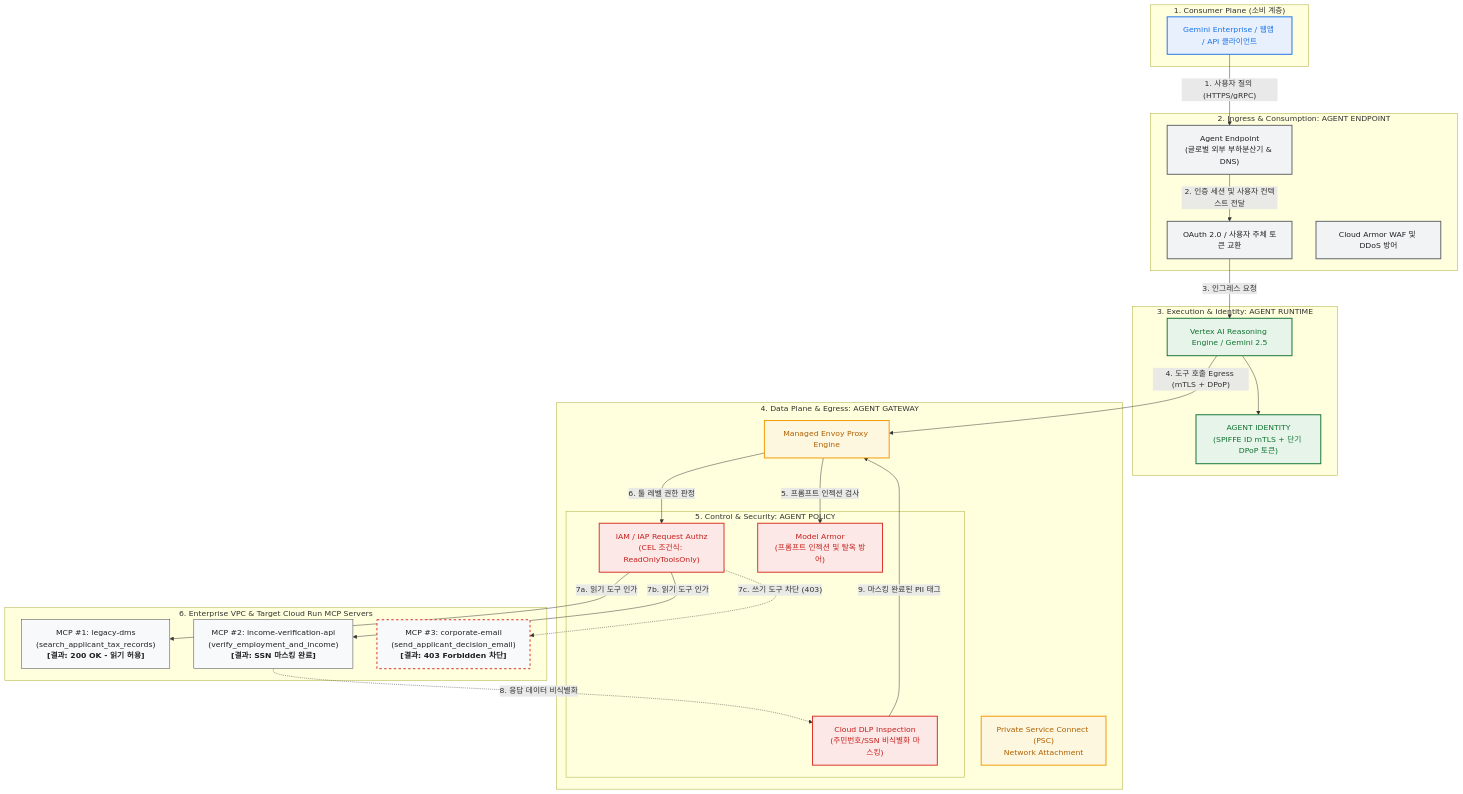
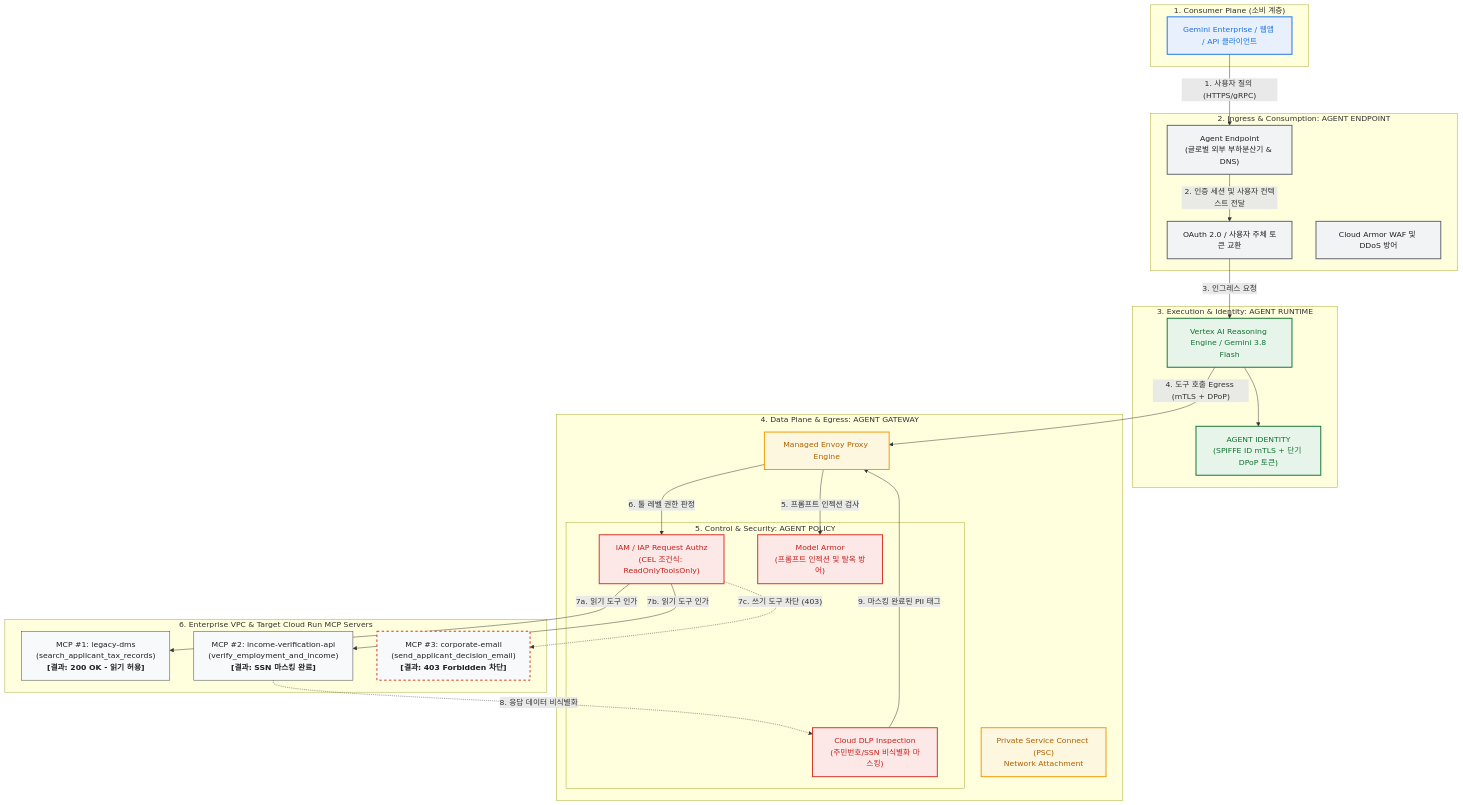
One commit to ddiger/gemini-enterprise-agent-engine changed the diagram in README.ko.md. Above: the diagram before and after it, drawn with Mermaid. The commit also changed other lines of this file and 4 other files, not shown here.

Commit message:
feat: upgrade default model to Gemini 3.8 Flash (gemini-3.8-flash)

````diff
--- a/README.ko.md
+++ b/README.ko.md
@@ -15,58 +15,58 @@
 ```mermaid
 flowchart TD
     classDef client fill:#E8F0FE,stroke:#1A73E8,stroke-width:2px,color:#1A73E8;
     classDef ingress fill:#F1F3F4,stroke:#5F6368,stroke-width:2px,color:#202124;
     classDef runtime fill:#E6F4EA,stroke:#137333,stroke-width:2px,color:#137333;
     classDef gateway fill:#FEF7E0,stroke:#F29900,stroke-width:2px,color:#B06000;
     classDef policy fill:#FCE8E6,stroke:#D93025,stroke-width:2px,color:#C5221F;
     classDef backend fill:#F8F9FA,stroke:#3C4043,stroke-width:1px,color:#202124;
 
     subgraph CLIENT_LAYER["1. Consumer Plane (소비 계층)"]
         Client["Gemini Enterprise / 웹앱 / API 클라이언트"]:::client
     end
 
     subgraph INGRESS_LAYER["2. Ingress & Consumption: AGENT ENDPOINT"]
         Endpoint["Agent Endpoint<br/>(글로벌 외부 부하분산기 & DNS)"]:::ingress
         OAuth["OAuth 2.0 / 사용자 주체 토큰 교환"]:::ingress
         CloudArmor["Cloud Armor WAF 및 DDoS 방어"]:::ingress
     end
 
     subgraph RUNTIME_LAYER["3. Execution & Identity: AGENT RUNTIME"]
-        Runtime["Vertex AI Reasoning Engine / Gemini 2.5"]:::runtime
+        Runtime["Vertex AI Reasoning Engine / Gemini 3.8 Flash"]:::runtime
         Identity["AGENT IDENTITY<br/>(SPIFFE ID mTLS + 단기 DPoP 토큰)"]:::runtime
     end
 
     subgraph GATEWAY_LAYER["4. Data Plane & Egress: AGENT GATEWAY"]
         Envoy["Managed Envoy Proxy Engine"]:::gateway
         PSC["Private Service Connect (PSC)<br/>Network Attachment"]:::gateway
         
         subgraph POLICY_LAYER["5. Control & Security: AGENT POLICY"]
             CEL["IAM / IAP Request Authz<br/>(CEL 조건식: ReadOnlyToolsOnly)"]:::policy
             ModelArmor["Model Armor<br/>(프롬프트 인젝션 및 탈옥 방어)"]:::policy
             DLP["Cloud DLP Inspection<br/>(주민번호/SSN 비식별화 마스킹)"]:::policy
         end
     end
 
     subgraph BACKEND_LAYER["6. Enterprise VPC & Target Cloud Run MCP Servers"]
         DMS["MCP #1: legacy-dms<br/>(search_applicant_tax_records)<br/><b>[결과: 200 OK - 읽기 허용]</b>"]:::backend
         Payroll["MCP #2: income-verification-api<br/>(verify_employment_and_income)<br/><b>[결과: SSN 마스킹 완료]</b>"]:::backend
         Email["MCP #3: corporate-email<br/>(send_applicant_decision_email)<br/><b>[결과: 403 Forbidden 차단]</b>"]:::backend
     end
 
     Client -->|"1. 사용자 질의 (HTTPS/gRPC)"| Endpoint
     Endpoint -->|"2. 인증 세션 및 사용자 컨텍스트 전달"| OAuth
     OAuth -->|"3. 인그레스 요청"| Runtime
     Runtime --> Identity
     Runtime -->|"4. 도구 호출 Egress (mTLS + DPoP)"| Envoy
 
     Envoy -->|"5. 프롬프트 인젝션 검사"| ModelArmor
     Envoy -->|"6. 툴 레벨 권한 판정"| CEL
     
     CEL -->|"7a. 읽기 도구 인가"| DMS
     CEL -->|"7b. 읽기 도구 인가"| Payroll
     Payroll -.->|"8. 응답 데이터 비식별화"| DLP
     DLP -->|"9. 마스킹 완료된 PII 태그"| Envoy
     
     CEL -.->|"7c. 쓰기 도구 차단 (403)"| Email
     style Email stroke:#D93025,stroke-width:2px,stroke-dasharray: 5 5;
 ```
````
